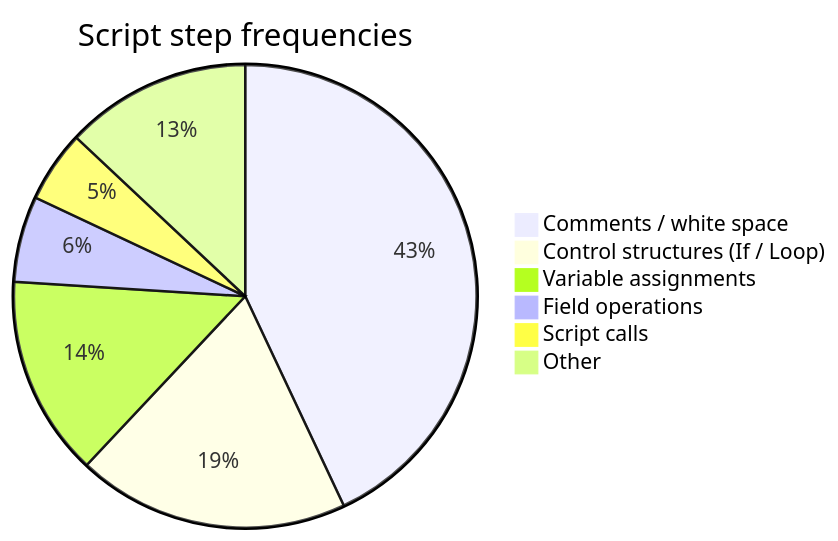
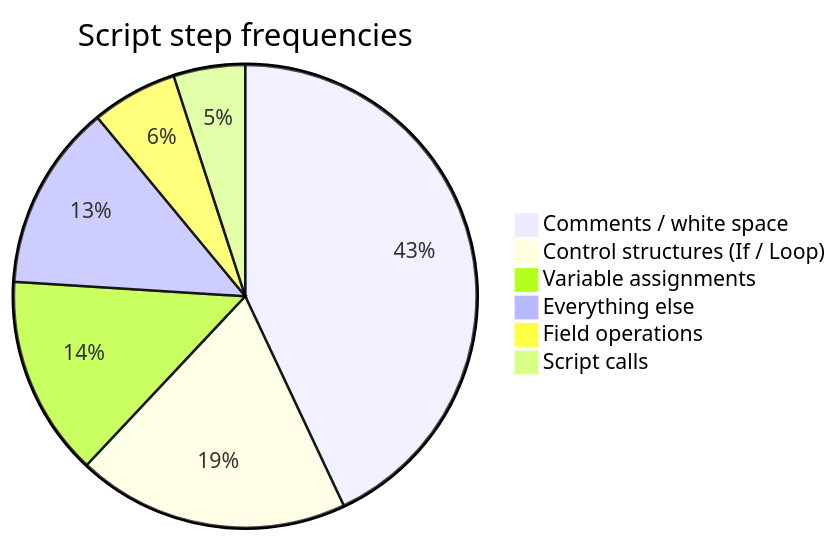
The diagram in script-step-ids.md (mrwatson-de/fmworkmate.github.io), drawn with Mermaid before and after one commit. The commit also changed other lines of this file, not shown here.

Commit message:
Tweaked chart

````diff
--- a/script-step-ids.md
+++ b/script-step-ids.md
@@ -449,10 +442,10 @@
 ```mermaid
 pie
     title Script step frequencies
     "Comments / white space": 43
     "Control structures (If / Loop)": 19
     "Variable assignments": 14
+    "Everything else": 13
     "Field operations": 6
     "Script calls": 5
-    "Other": 13
 ```
````
